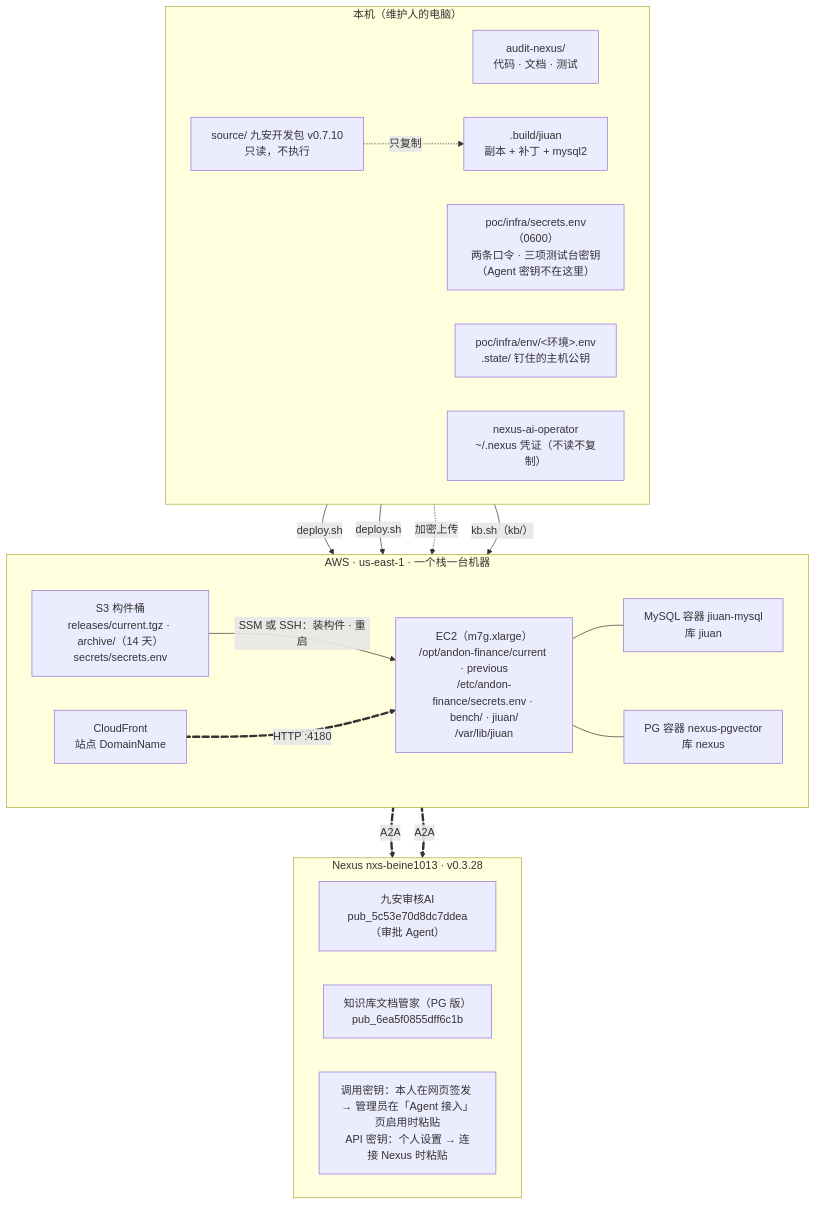
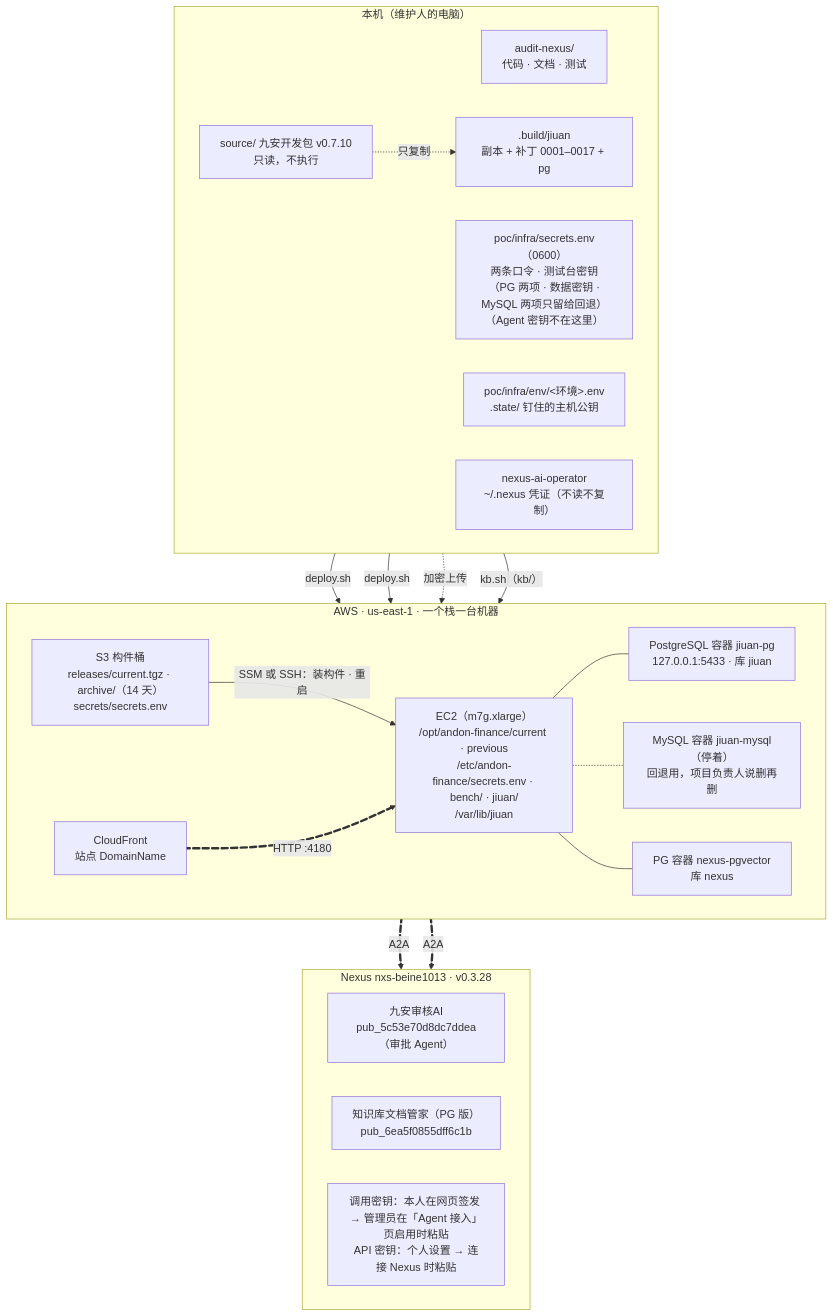
Before and after one commit to LiboMa/nexus-jiuan-agent-framework-poc: the diagram in docs/assets/diagrams/handover-assets.mmd, drawn with Mermaid. The commit also changed 38 other files, not shown here.

First line of the commit message:
pg-port: docs and changelog for the PostgreSQL switch

```diff
--- a/docs/assets/diagrams/handover-assets.mmd
+++ b/docs/assets/diagrams/handover-assets.mmd
@@ -1,42 +1,45 @@
 flowchart TB
   subgraph laptop["本机（维护人的电脑）"]
     direction LR
     repo["audit-nexus/<br/>代码 · 文档 · 测试"]
-    secrets["poc/infra/secrets.env（0600）<br/>两条口令 · 三项测试台密钥<br/>（Agent 密钥不在这里）"]
+    secrets["poc/infra/secrets.env（0600）<br/>两条口令 · 测试台密钥（PG 两项 · 数据密钥 ·<br/>MySQL 两项只留给回退）<br/>（Agent 密钥不在这里）"]
     envs["poc/infra/env/&lt;环境&gt;.env<br/>.state/ 钉住的主机公钥"]
     operator["nexus-ai-operator<br/>~/.nexus 凭证（不读不复制）"]
     source["source/ 九安开发包 v0.7.10<br/>只读，不执行"]
-    build[".build/jiuan<br/>副本 + 补丁 + mysql2"]
+    build[".build/jiuan<br/>副本 + 补丁 0001–0017 + pg"]
   end
   subgraph aws["AWS · us-east-1 · 一个栈一台机器"]
     direction LR
     s3["S3 构件桶<br/>releases/current.tgz · archive/（14 天）<br/>secrets/secrets.env"]
     ec2["EC2（m7g.xlarge）<br/>/opt/andon-finance/current · previous<br/>/etc/andon-finance/secrets.env · bench/ · jiuan/<br/>/var/lib/jiuan"]
-    db["MySQL 容器 jiuan-mysql<br/>库 jiuan"]
+    db["PostgreSQL 容器 jiuan-pg<br/>127.0.0.1:5433 · 库 jiuan"]
+    olddb["MySQL 容器 jiuan-mysql（停着）<br/>回退用，项目负责人说删再删"]
     pg["PG 容器 nexus-pgvector<br/>库 nexus"]
     cf["CloudFront<br/>站点 DomainName"]
   end
   subgraph nx["Nexus nxs-beine1013 · v0.3.28"]
     direction LR
     adv["九安审核AI<br/>pub_5c53e70d8dc7ddea（审批 Agent）"]
     kb["知识库文档管家（PG 版）<br/>pub_6ea5f0855dff6c1b"]
     keys["调用密钥：本人在网页签发 → 管理员在「Agent 接入」页启用时粘贴<br/>API 密钥：个人设置 → 连接 Nexus 时粘贴"]
   end
   source -. 只复制 .-> build
   build -- deploy.sh --> s3
   repo -- deploy.sh --> s3
   secrets -. 加密上传 .-> s3
   s3 -- "SSM 或 SSH：装构件 · 重启" --> ec2
   repo -- "kb.sh（kb/）" --> pg
   ec2 --- db
+  ec2 -.- olddb
   ec2 --- pg
   cf e1@== "HTTP :4180" ==> ec2
   ec2 e2@== A2A ==> adv
   ec2 e3@== A2A ==> kb
   e1@{ animate: true }
   e2@{ animate: true }
   e3@{ animate: true }
   class repo,operator,envs,s3,ec2,cf,build,pg poc
   class secrets risk
   class source,db jiuan
+  class olddb pocOnly
   class adv,kb,keys nexus
```
